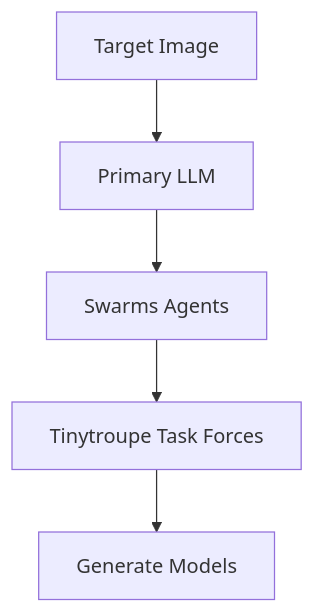
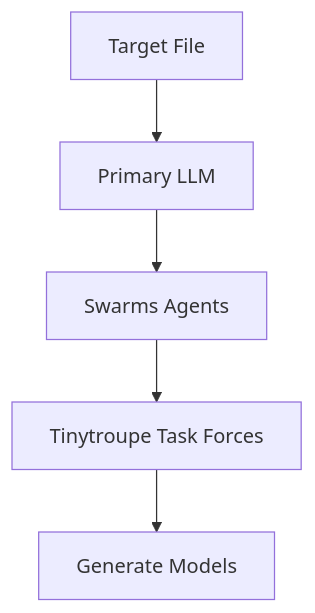
One commit to Photon1c/FrogSwarms changed the second of 2 diagrams in troupeswarms/readme.md. Above: the diagram before and after it, drawn with Mermaid. The commit also changed other lines of this file, not shown here.

````diff
--- a/troupeswarms/readme.md
+++ b/troupeswarms/readme.md
@@ -20,7 +20,7 @@
 ```mermaid
 flowchart TD
-    A[Target Image] --> B[Primary LLM]
+    A[Target File] --> B[Primary LLM]
     B --> C[Swarms Agents]
     C --> D[Tinytroupe Task Forces]
     D --> E[Generate Models]
 ```
````
